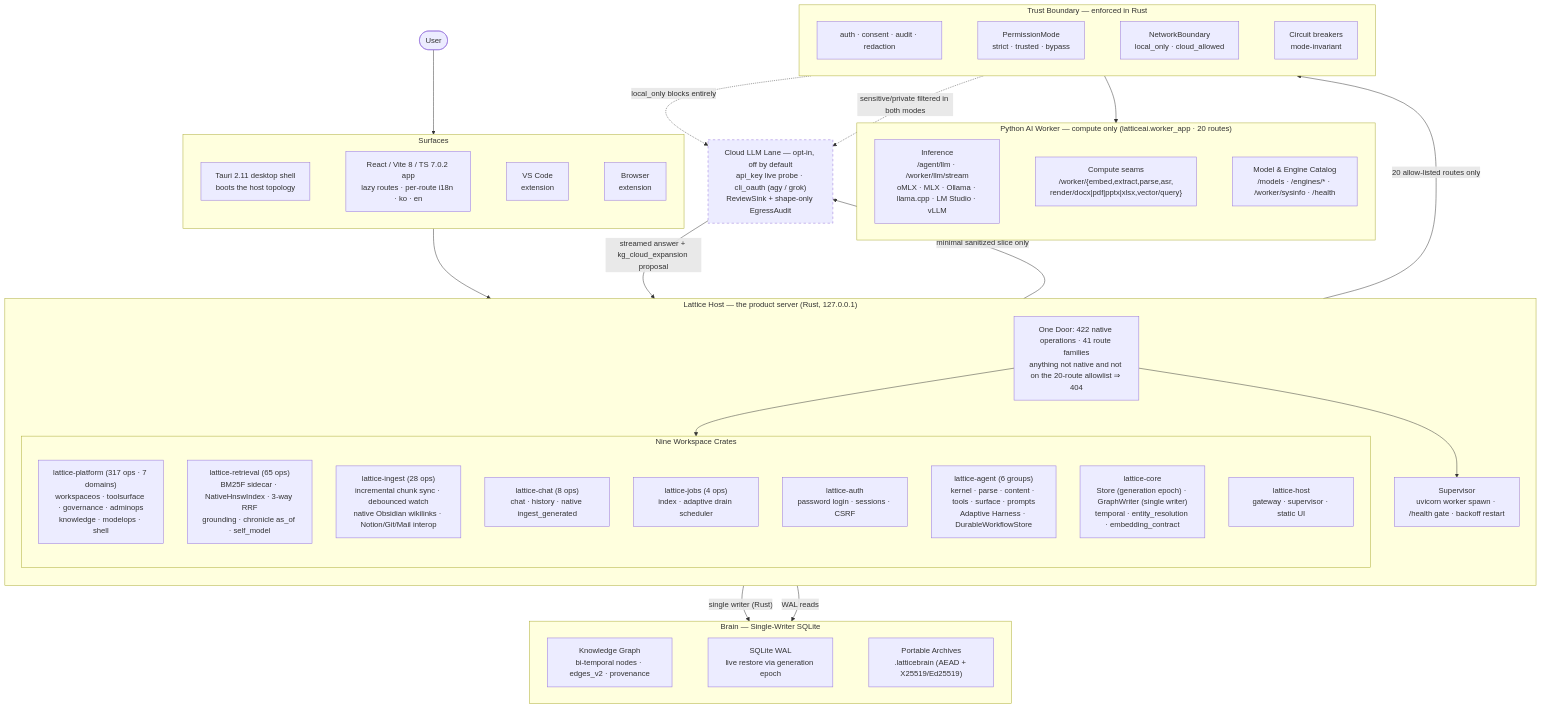
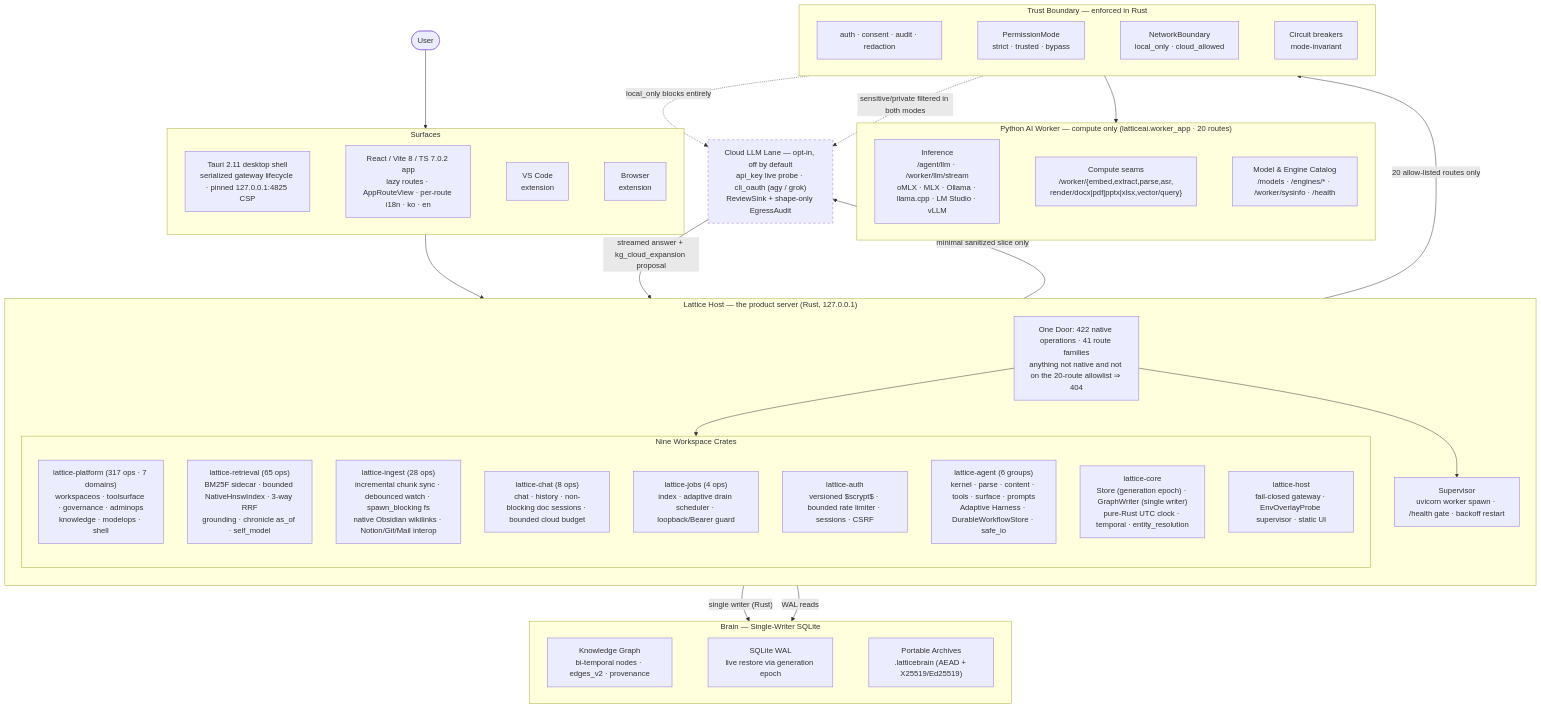
One commit to TaeSooPark-PTS/LatticeAI changed the first of 2 diagrams in ARCHITECTURE.md. Above: the diagram before and after it, drawn with Mermaid. The commit also changed other lines of this file and 295 other files, not shown here.

Commit message:
release: v14.0.0 full-stack security hardening, Windows Rust CI, and 14.0.0 architecture docs (#71)

````diff
--- a/ARCHITECTURE.md
+++ b/ARCHITECTURE.md
@@ -18,73 +18,73 @@
 ```mermaid
 flowchart TB
   user(["User"])
 
   subgraph surfaces["Surfaces"]
     direction LR
-    ui["React / Vite 8 / TS 7.0.2 app<br/>lazy routes · per-route i18n · ko · en"]
-    desktop["Tauri 2.11 desktop shell<br/>boots the host topology"]
+    ui["React / Vite 8 / TS 7.0.2 app<br/>lazy routes · AppRouteView · per-route i18n · ko · en"]
+    desktop["Tauri 2.11 desktop shell<br/>serialized gateway lifecycle · pinned 127.0.0.1:4825 CSP"]
     editor["VS Code<br/>extension"]
     browser["Browser<br/>extension"]
     desktop ~~~ ui ~~~ editor ~~~ browser
   end
 
   subgraph host["Lattice Host — the product server (Rust, 127.0.0.1)"]
     direction TB
     door["One Door: 422 native operations · 41 route families<br/>anything not native and not on the 20-route allowlist ⇒ 404"]
     subgraph crates["Nine Workspace Crates"]
       direction TB
       plat["lattice-platform (317 ops · 7 domains)<br/>workspaceos · toolsurface · governance · adminops<br/>knowledge · modelops · shell"]
-      retr["lattice-retrieval (65 ops)<br/>BM25F sidecar · NativeHnswIndex · 3-way RRF<br/>grounding · chronicle as_of · self_model"]
-      ingestc["lattice-ingest (28 ops)<br/>incremental chunk sync · debounced watch<br/>native Obsidian wikilinks · Notion/Git/Mail interop"]
-      chatc["lattice-chat (8 ops)<br/>chat · history · native ingest_generated"]
-      jobsc["lattice-jobs (4 ops)<br/>index · adaptive drain scheduler"]
-      authc["lattice-auth<br/>password login · sessions · CSRF"]
-      agentc["lattice-agent (6 groups)<br/>kernel · parse · content · tools · surface · prompts<br/>Adaptive Harness · DurableWorkflowStore"]
-      corec["lattice-core<br/>Store (generation epoch) · GraphWriter (single writer)<br/>temporal · entity_resolution · embedding_contract"]
-      hostc["lattice-host<br/>gateway · supervisor · static UI"]
+      retr["lattice-retrieval (65 ops)<br/>BM25F sidecar · bounded NativeHnswIndex · 3-way RRF<br/>grounding · chronicle as_of · self_model"]
+      ingestc["lattice-ingest (28 ops)<br/>incremental chunk sync · debounced watch · spawn_blocking fs<br/>native Obsidian wikilinks · Notion/Git/Mail interop"]
+      chatc["lattice-chat (8 ops)<br/>chat · history · non-blocking doc sessions · bounded cloud budget"]
+      jobsc["lattice-jobs (4 ops)<br/>index · adaptive drain scheduler · loopback/Bearer guard"]
+      authc["lattice-auth<br/>versioned $scrypt$ · bounded rate limiter · sessions · CSRF"]
+      agentc["lattice-agent (6 groups)<br/>kernel · parse · content · tools · surface · prompts<br/>Adaptive Harness · DurableWorkflowStore · safe_io"]
+      corec["lattice-core<br/>Store (generation epoch) · GraphWriter (single writer)<br/>pure-Rust UTC clock · temporal · entity_resolution"]
+      hostc["lattice-host<br/>fail-closed gateway · EnvOverlayProbe supervisor · static UI"]
     end
     supervisor["Supervisor<br/>uvicorn worker spawn · /health gate · backoff restart"]
     door --> crates
     door --> supervisor
   end
 
   subgraph gates["Trust Boundary — enforced in Rust"]
     direction LR
     trust["auth · consent · audit · redaction"]
     mode["PermissionMode<br/>strict · trusted · bypass"]
     net["NetworkBoundary<br/>local_only · cloud_allowed"]
     breakers["Circuit breakers<br/>mode-invariant"]
     trust ~~~ mode ~~~ net ~~~ breakers
   end
 
   subgraph worker["Python AI Worker — compute only (latticeai.worker_app · 20 routes)"]
     direction LR
     llm["Inference<br/>/agent/llm · /worker/llm/stream<br/>oMLX · MLX · Ollama · llama.cpp · LM Studio · vLLM"]
     compute["Compute seams<br/>/worker/{embed,extract,parse,asr,<br/>render/docx|pdf|pptx|xlsx,vector/query}"]
     catalog["Model & Engine Catalog<br/>/models · /engines/* · /worker/sysinfo · /health"]
     llm ~~~ compute ~~~ catalog
   end
 
   subgraph data["Brain — Single-Writer SQLite"]
     direction LR
     kg["Knowledge Graph<br/>bi-temporal nodes · edges_v2 · provenance"]
     store["SQLite WAL<br/>live restore via generation epoch"]
     archive["Portable Archives<br/>.latticebrain (AEAD + X25519/Ed25519)"]
     kg ~~~ store ~~~ archive
   end
 
   cloud["Cloud LLM Lane — opt-in, off by default<br/>api_key live probe · cli_oauth (agy / grok)<br/>ReviewSink + shape-only EgressAudit"]
 
   user --> surfaces
   surfaces --> host
   door -- "20 allow-listed routes only" --> gates
   gates --> worker
   corec -- "single writer (Rust)" --> data
   crates -- "WAL reads" --> data
   chatc -- "minimal sanitized slice only" --> cloud
   cloud -- "streamed answer + kg_cloud_expansion proposal" --> chatc
   net -. "local_only blocks entirely" .-> cloud
   breakers -. "sensitive/private filtered in both modes" .-> cloud
 
   style cloud stroke-dasharray: 5 5
 ```
````
